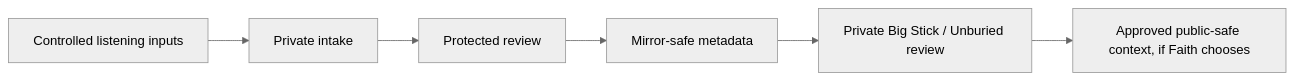
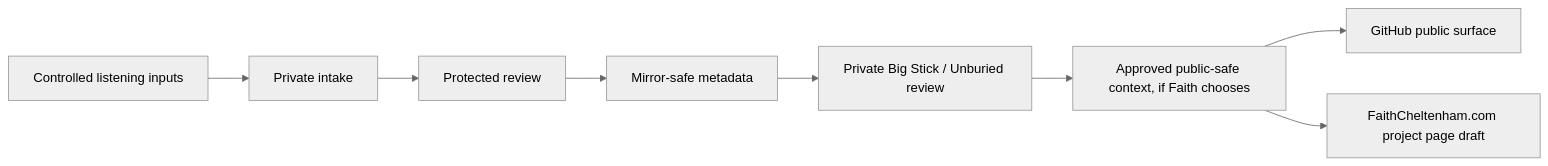
Before and after one commit to thefayth/unburied-listening-worker: the first of 2 diagrams in docs/WORKFLOW_DIAGRAMS.md, drawn with Mermaid (neutral theme). The commit also changed other lines of this file and 15 other files, not shown here.

Commit message:
Apply revised GitHub public surface brief

````diff
--- a/docs/WORKFLOW_DIAGRAMS.md
+++ b/docs/WORKFLOW_DIAGRAMS.md
@@ -12,8 +12,10 @@
 ```mermaid
 flowchart LR
   A["Controlled listening inputs"] --> B["Private intake"]
   B --> C["Protected review"]
   C --> D["Mirror-safe metadata"]
   D --> E["Private Big Stick / Unburied review"]
   E --> F["Approved public-safe context, if Faith chooses"]
+  F --> G["GitHub public surface"]
+  F --> H["FaithCheltenham.com project page draft"]
 ```
````
